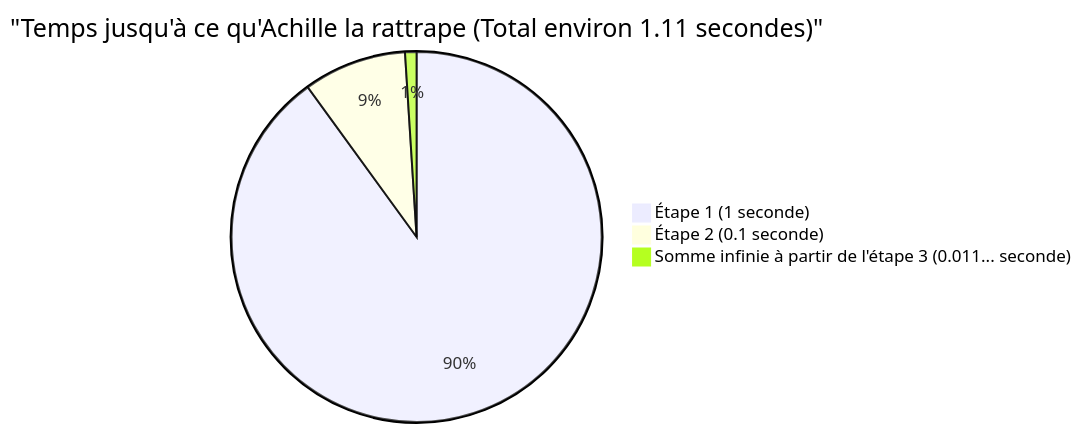
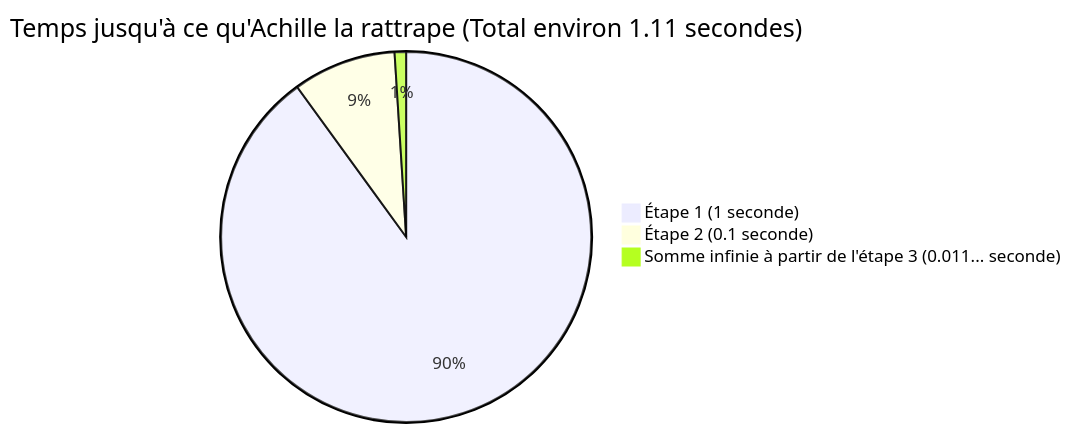
One commit to kenjinote/blog changed the second of 2 diagrams in content/post/アキレスと亀/index.fr.md. Above: the diagram before and after it, drawn with Mermaid. The commit also changed other lines of this file and 703 other files, not shown here.

Commit message:
Fix: Remove quotes from Mermaid link texts and timeline definitions to support Mermaid 11.4.1

````diff
--- a/content/post/アキレスと亀/index.fr.md
+++ b/content/post/アキレスと亀/index.fr.md
@@ -116,6 +116,6 @@
 ```mermaid
-pie title "Temps jusqu'à ce qu'Achille la rattrape (Total environ 1.11 secondes)"
+pie title Temps jusqu'à ce qu'Achille la rattrape (Total environ 1.11 secondes)
     "Étape 1 (1 seconde)" : 90
     "Étape 2 (0.1 seconde)" : 9
     "Somme infinie à partir de l'étape 3 (0.011... seconde)" : 1
 ```
````
